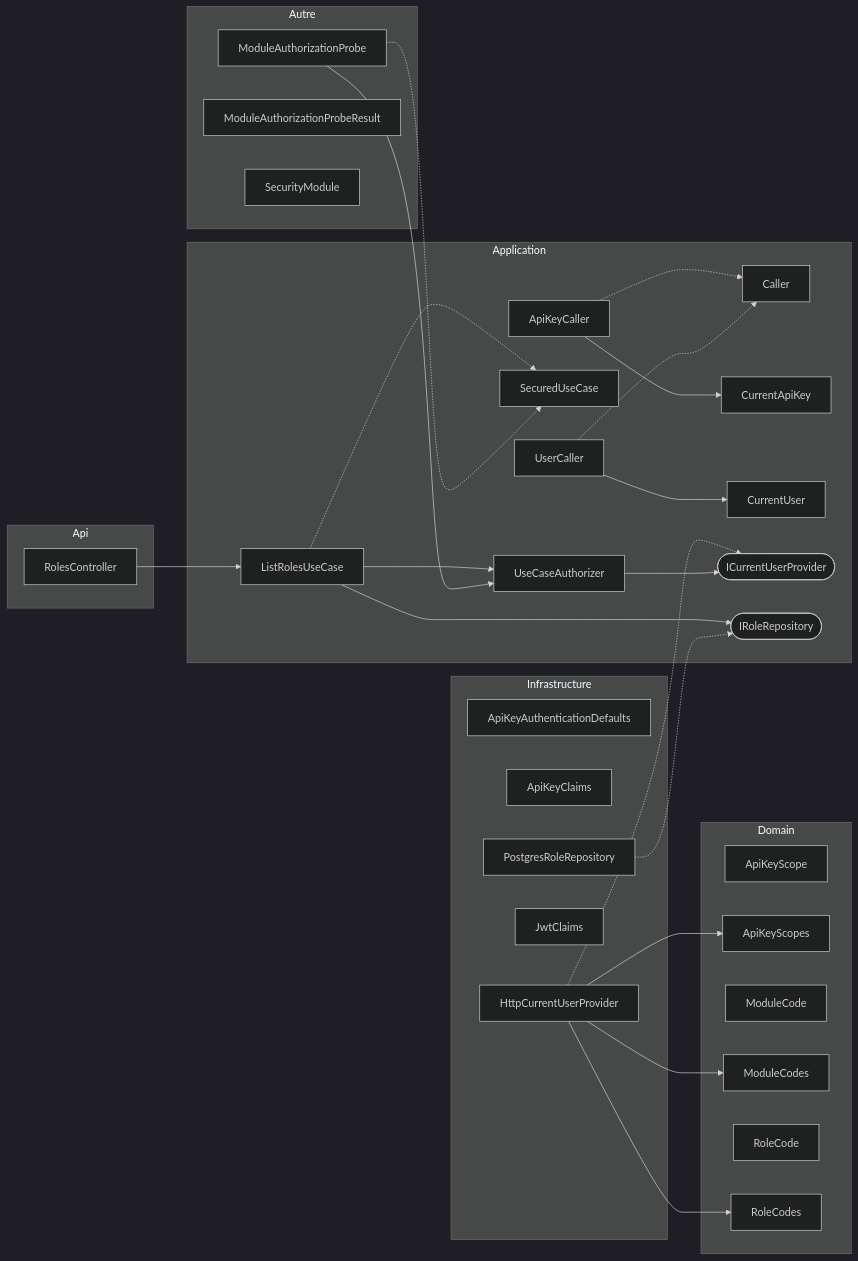
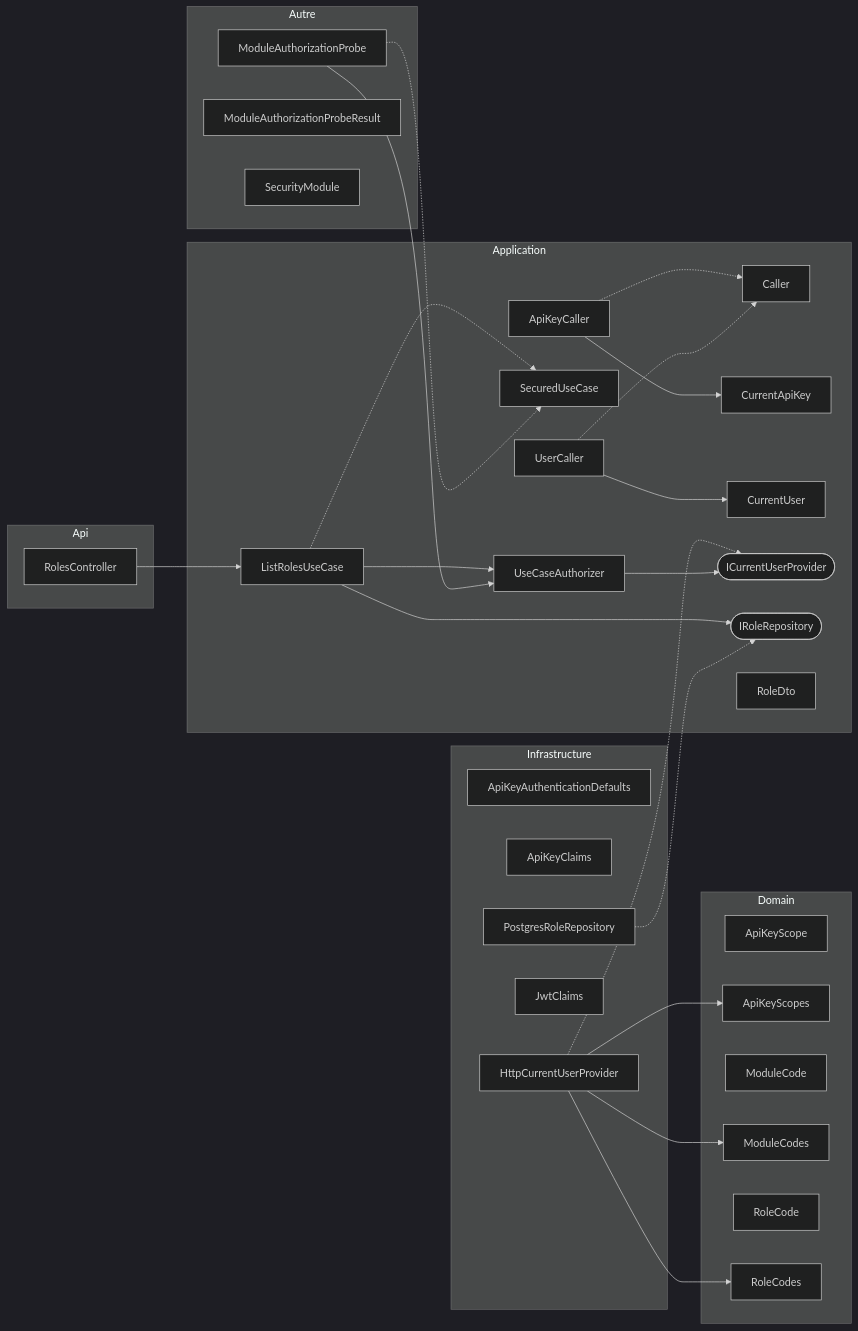
The diagram in api/docs/diagrams/Core/Security/security.md (huiitre/Tools-app), drawn with Mermaid (dark theme) before and after one commit. The commit also changed 28 other files, not shown here.

````diff
--- a/api/docs/diagrams/Core/Security/security.md
+++ b/api/docs/diagrams/Core/Security/security.md
@@ -5,54 +5,55 @@
 ```mermaid
 flowchart LR
   subgraph Api
   RolesController["RolesController"]
   end
   subgraph Application
   ApiKeyCaller["ApiKeyCaller"]
   Caller["Caller"]
   CurrentApiKey["CurrentApiKey"]
   CurrentUser["CurrentUser"]
   ICurrentUserProvider(["ICurrentUserProvider"])
   IRoleRepository(["IRoleRepository"])
   ListRolesUseCase["ListRolesUseCase"]
+  RoleDto["RoleDto"]
   SecuredUseCase["SecuredUseCase"]
   UseCaseAuthorizer["UseCaseAuthorizer"]
   UserCaller["UserCaller"]
   end
   subgraph Domain
   ApiKeyScope["ApiKeyScope"]
   ApiKeyScopes["ApiKeyScopes"]
   ModuleCode["ModuleCode"]
   ModuleCodes["ModuleCodes"]
   RoleCode["RoleCode"]
   RoleCodes["RoleCodes"]
   end
   subgraph Infrastructure
   ApiKeyAuthenticationDefaults["ApiKeyAuthenticationDefaults"]
   ApiKeyClaims["ApiKeyClaims"]
   HttpCurrentUserProvider["HttpCurrentUserProvider"]
   JwtClaims["JwtClaims"]
   PostgresRoleRepository["PostgresRoleRepository"]
   end
   subgraph Autre
   ModuleAuthorizationProbe["ModuleAuthorizationProbe"]
   ModuleAuthorizationProbeResult["ModuleAuthorizationProbeResult"]
   SecurityModule["SecurityModule"]
   end
   ApiKeyCaller --> CurrentApiKey
   ApiKeyCaller -.-> Caller
   HttpCurrentUserProvider -.-> ICurrentUserProvider
   HttpCurrentUserProvider --> ApiKeyScopes
   HttpCurrentUserProvider --> ModuleCodes
   HttpCurrentUserProvider --> RoleCodes
   ListRolesUseCase --> IRoleRepository
   ListRolesUseCase --> UseCaseAuthorizer
   ListRolesUseCase -.-> SecuredUseCase
   ModuleAuthorizationProbe --> UseCaseAuthorizer
   ModuleAuthorizationProbe -.-> SecuredUseCase
   PostgresRoleRepository -.-> IRoleRepository
   RolesController --> ListRolesUseCase
   UseCaseAuthorizer --> ICurrentUserProvider
   UserCaller --> CurrentUser
   UserCaller -.-> Caller
 ```
````
